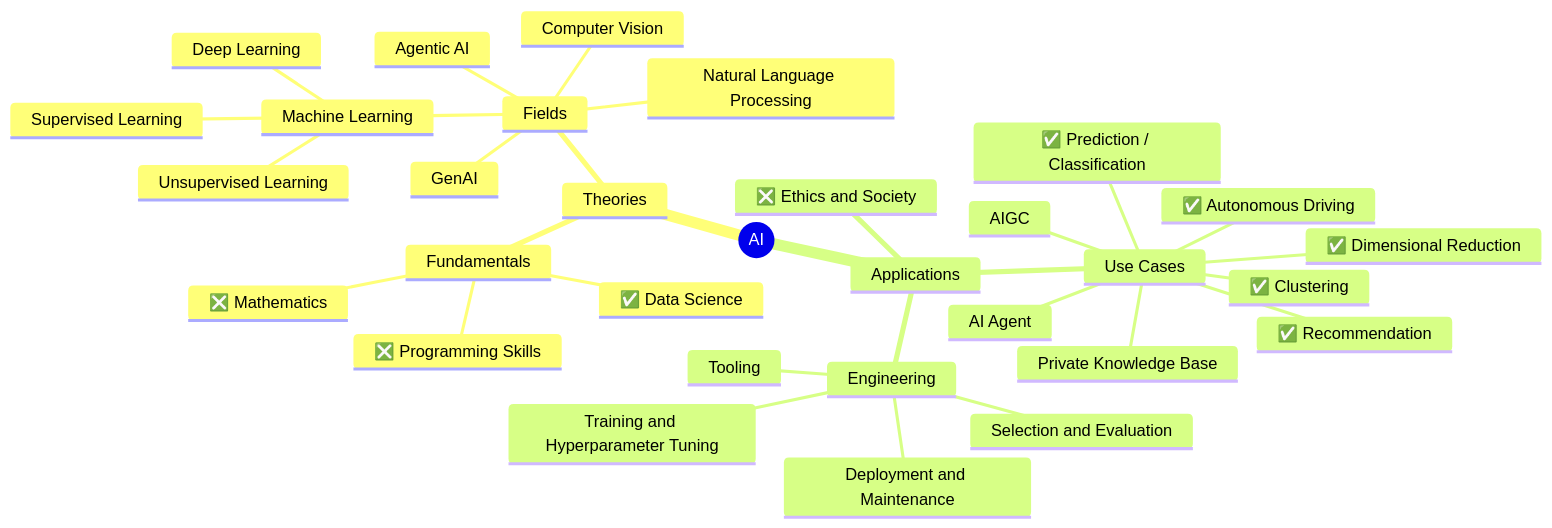
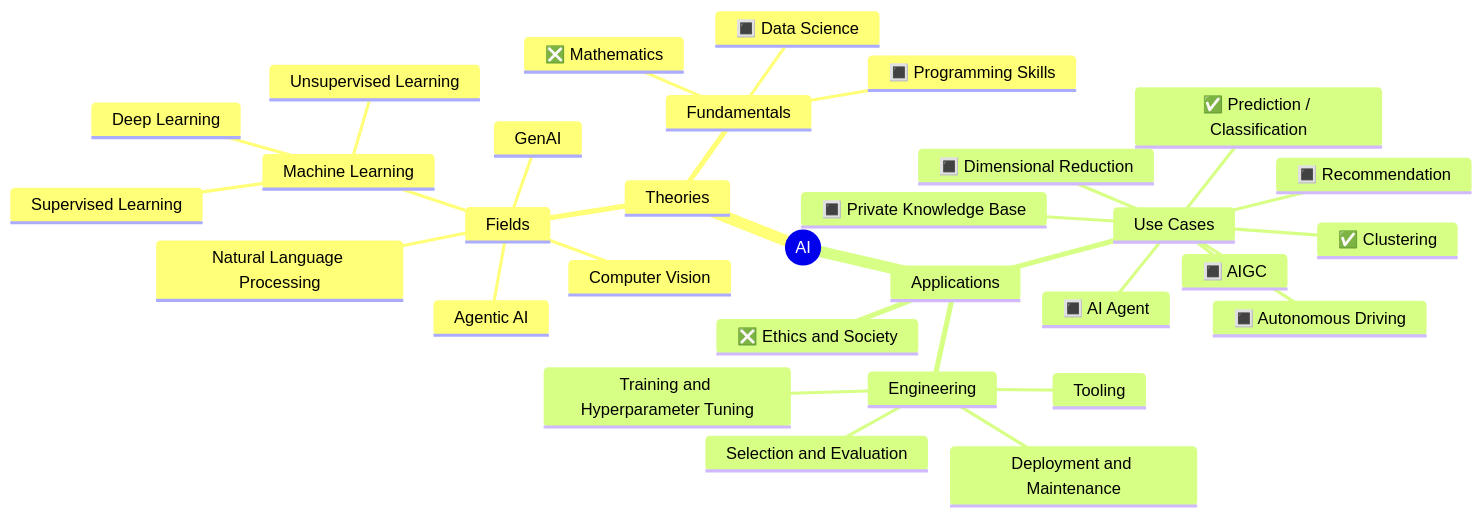
One commit to weirong2/ai-odyssey changed the diagram in README.md. Above: the diagram before and after it, drawn with Mermaid. The commit also changed other lines of this file and 2 other files, not shown here.

````diff
--- a/README.md
+++ b/README.md
@@ -5,34 +5,34 @@
 ```mermaid
 mindmap
   root((AI))
     Theories
       Fundamentals
         ❎ Mathematics
-        ❎ Programming Skills
-        ✅ Data Science
+        🔳 Programming Skills
+        🔳 Data Science
       Fields
         Machine Learning
           Supervised Learning
           Unsupervised Learning
           Deep Learning
         Natural Language Processing
         Computer Vision
         GenAI
         Agentic AI
     Applications
       Use Cases
         ✅ Prediction / Classification
         ✅ Clustering
-        ✅ Dimensional Reduction
-        ✅ Recommendation
-        ✅ Autonomous Driving
-        Private Knowledge Base
-        AIGC
-        AI Agent
+        🔳 Dimensional Reduction
+        🔳 Recommendation
+        🔳 Autonomous Driving
+        🔳 Private Knowledge Base
+        🔳 AIGC
+        🔳 AI Agent
       Engineering
         Tooling
         Selection and Evaluation
         Training and Hyperparameter Tuning
         Deployment and Maintenance
       ❎ Ethics and Society
 ```
````
